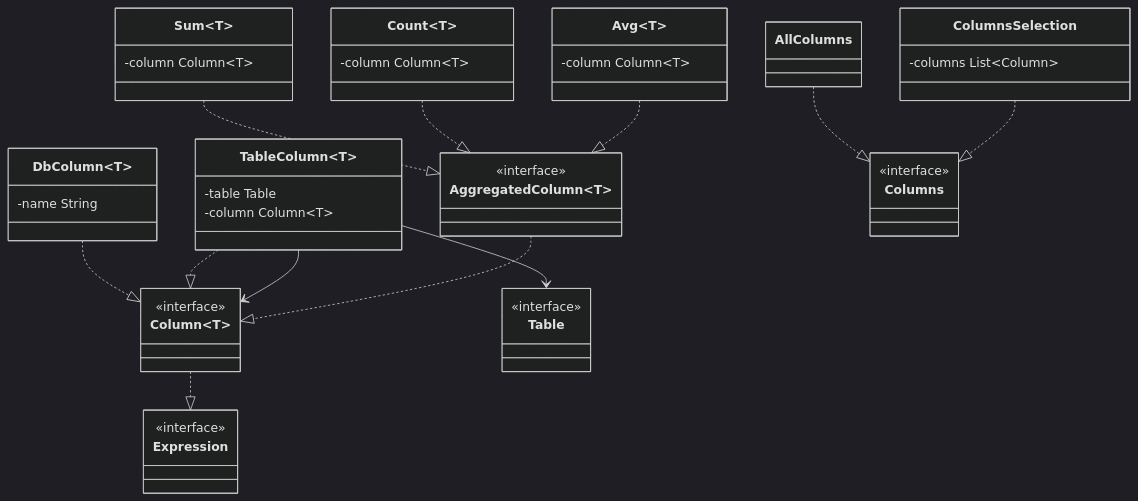
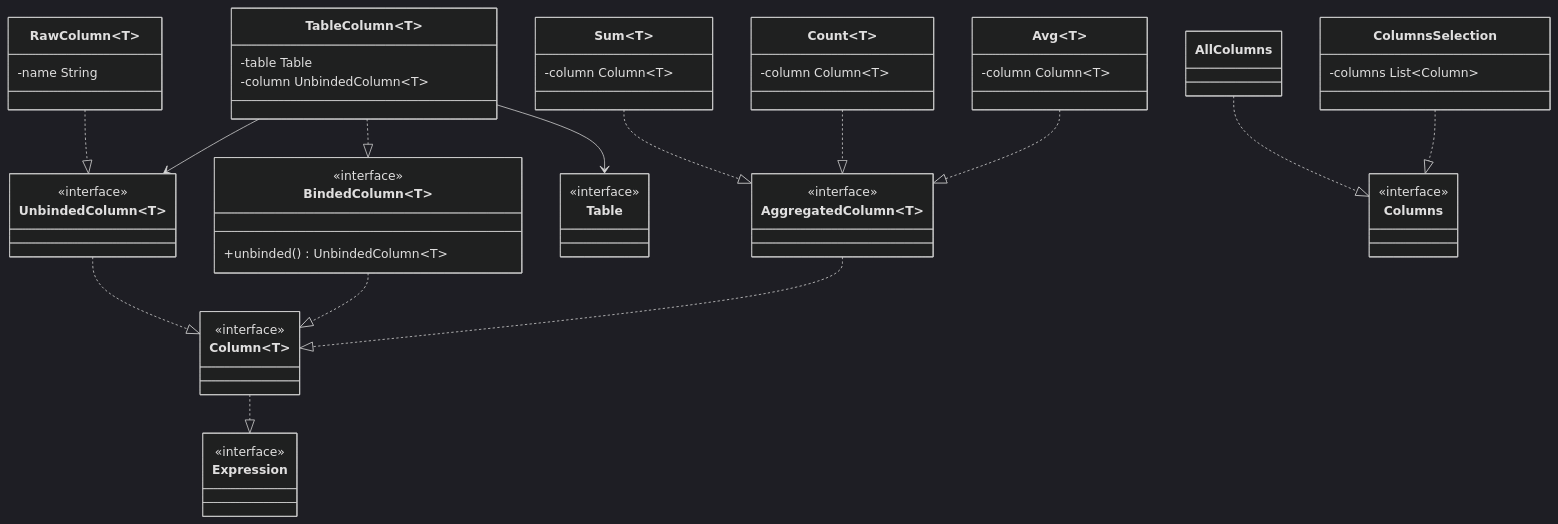
The sixth of 13 diagrams in docs/domain.md (safarislava/QueryBricks), drawn with Mermaid (dark theme) before and after one commit. The commit also changed other lines of this file and 1 other file, not shown here.

Commit message:
docs: Columns binded/unbinded difference

````diff
--- a/docs/domain.md
+++ b/docs/domain.md
@@ -186,60 +186,71 @@
 ```mermaid
 classDiagram
     class Expression {
         <<interface>>
     }
 
     class Column~T~ {
         <<interface>>
     }
     Column ..|> Expression
 
-    class DbColumn~T~ {
+    class UnbindedColumn~T~ {
+        <<interface>>
+    }
+    UnbindedColumn ..|> Column~T~
+
+    class BindedColumn~T~ {
+        <<interface>>
+        +unbinded() UnbindedColumn~T~
+    }
+    BindedColumn ..|> Column~T~
+
+    class RawColumn~T~ {
         -name String
     }
-    DbColumn ..|> Column~T~
+    RawColumn ..|> UnbindedColumn~T~
 
     class Table {
         <<interface>>
     }
 
     class TableColumn~T~ {
         -table Table
-        -column Column~T~
+        -column UnbindedColumn~T~
     }
-    TableColumn ..|> Column~T~
-    TableColumn --> Column
+    TableColumn ..|> BindedColumn~T~
+    TableColumn --> UnbindedColumn
     TableColumn --> Table
 
     class AggregatedColumn~T~ {
         <<interface>>
     }
     AggregatedColumn ..|> Column~T~
 
     class Sum~T~ {
         -column Column~T~
     }
     Sum ..|> AggregatedColumn~T~
 
     class Count~T~ {
         -column Column~T~
     }
     Count ..|> AggregatedColumn~T~
 
     class Avg~T~ {
         -column Column~T~
     }
     Avg ..|> AggregatedColumn~T~
 
     class Columns {
         <<interface>>
     }
 
     class AllColumns
     AllColumns ..|> Columns
 
     class ColumnsSelection {
         -columns List~Column~
     }
     ColumnsSelection ..|> Columns
 ```
````
